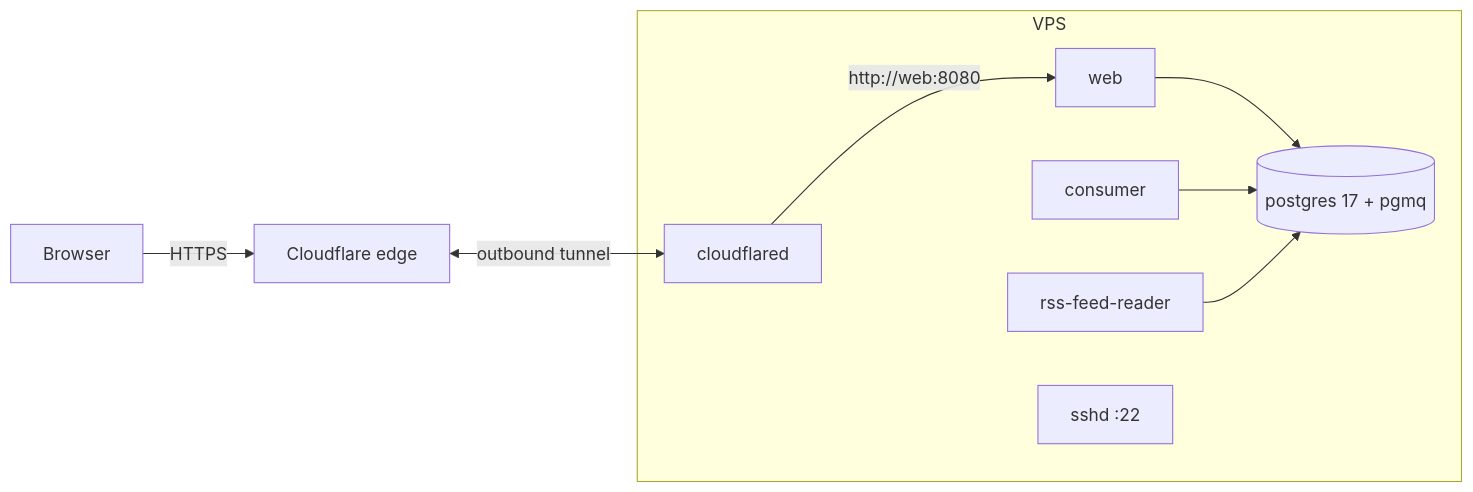
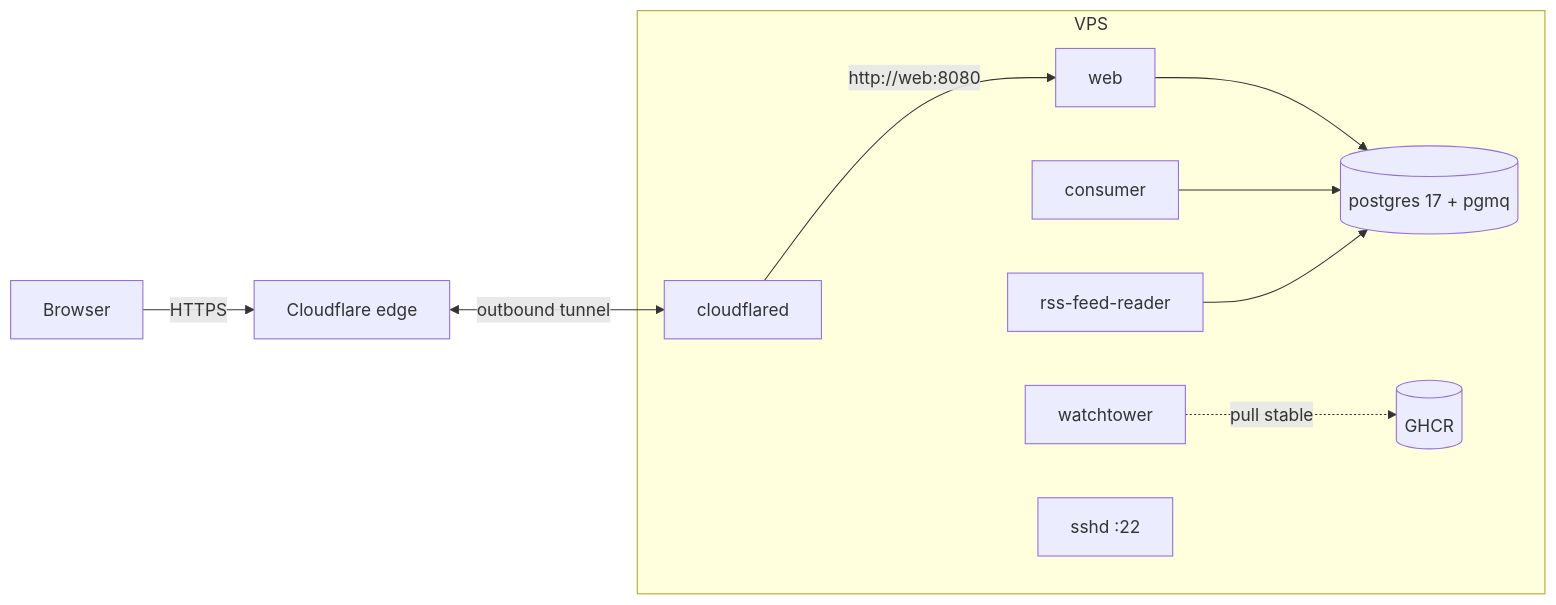
The diagram in .docs/deployment.md (Fortyfei/AgitpropScraper), drawn with Mermaid before and after one commit. The commit also changed other lines of this file and 4 other files, not shown here.

````diff
--- a/.docs/deployment.md
+++ b/.docs/deployment.md
@@ -166,13 +166,14 @@
 ```mermaid
 flowchart LR
     BROWSER[Browser] -->|HTTPS| CF[Cloudflare edge]
     subgraph VPS
         CFD[cloudflared] -->|http://web:8080| WEB[web]
         WEB --> PG[(postgres 17 + pgmq)]
         CON[consumer] --> PG
         RSS[rss-feed-reader] --> PG
+        WT[watchtower] -.->|pull stable| GHCR[(GHCR)]
         SSH[sshd :22]
     end
     CF <-->|outbound tunnel| CFD
     VPS --> SSH
 ```
````
